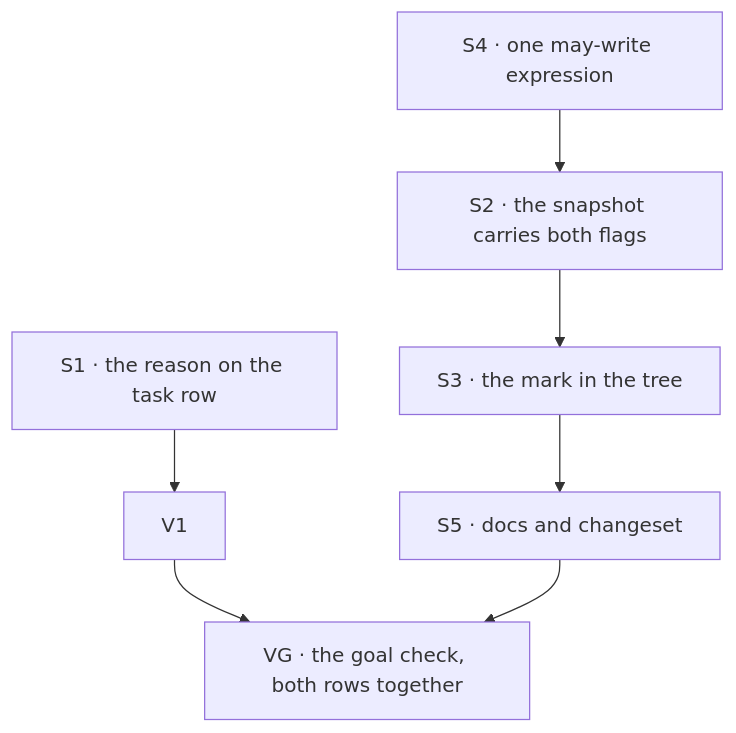
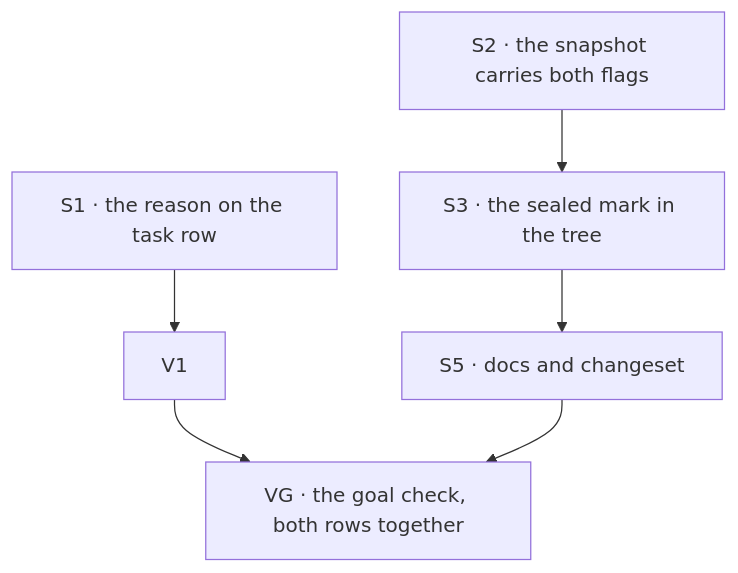
The diagram in specs/issues/FIX-1481/PLAN.md (fixpoint-labs/flow-state-dev), drawn with Mermaid before and after one commit. The commit also changed other lines of this file and 7 other files, not shown here.

````diff
--- a/specs/issues/FIX-1481/PLAN.md
+++ b/specs/issues/FIX-1481/PLAN.md
@@ -25,9 +25,8 @@
 ```mermaid
 flowchart TD
   S1["S1 · the reason on the task row"] --> V1["V1"]
-  S4["S4 · one may-write expression"] --> S2["S2 · the snapshot carries both flags"]
-  S2 --> S3["S3 · the mark in the tree"]
+  S2["S2 · the snapshot carries both flags"] --> S3["S3 · the sealed mark in the tree"]
   S3 --> S5["S5 · docs and changeset"]
   V1 --> VG["VG · the goal check, both rows together"]
   S5 --> VG
 ```
````
